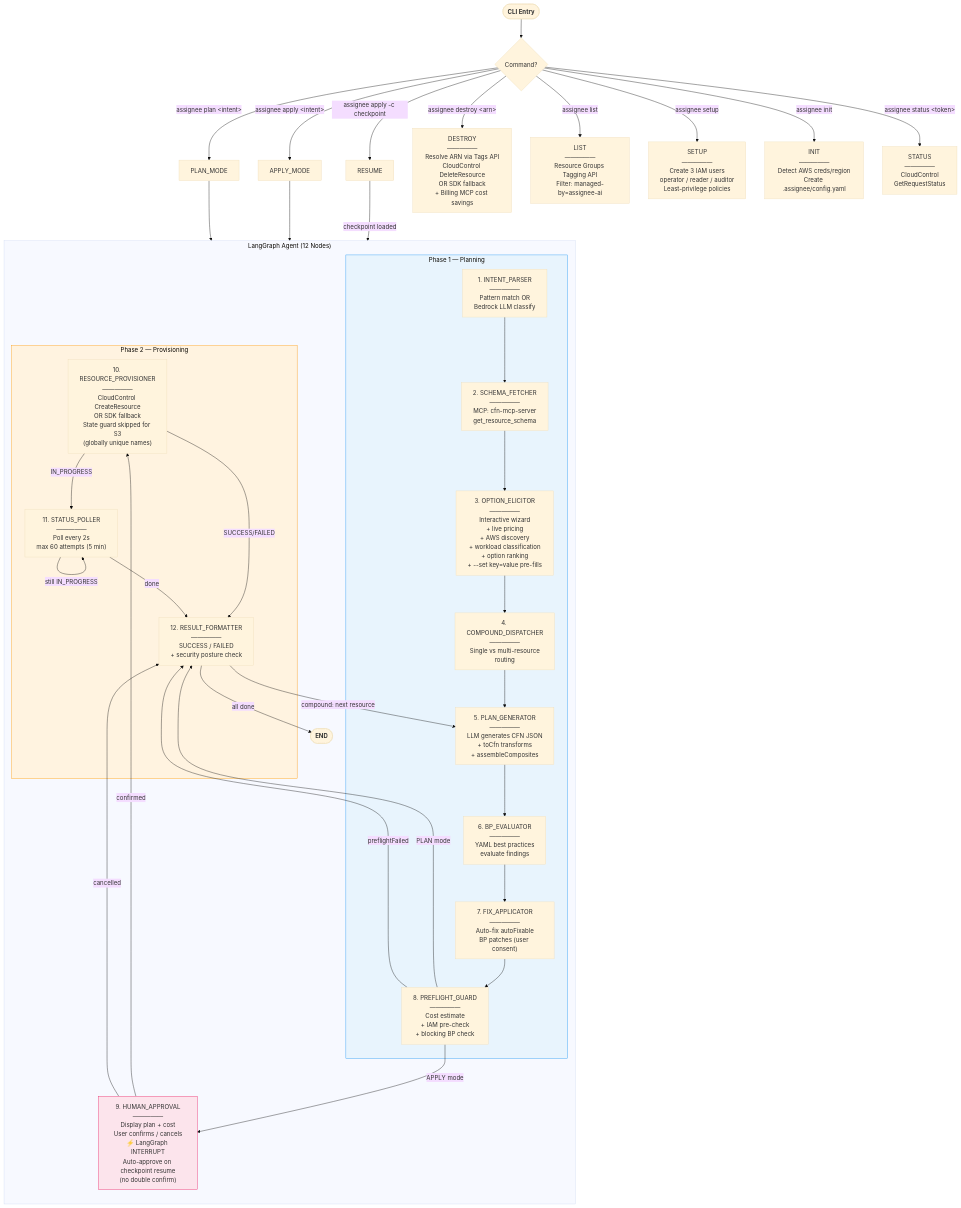
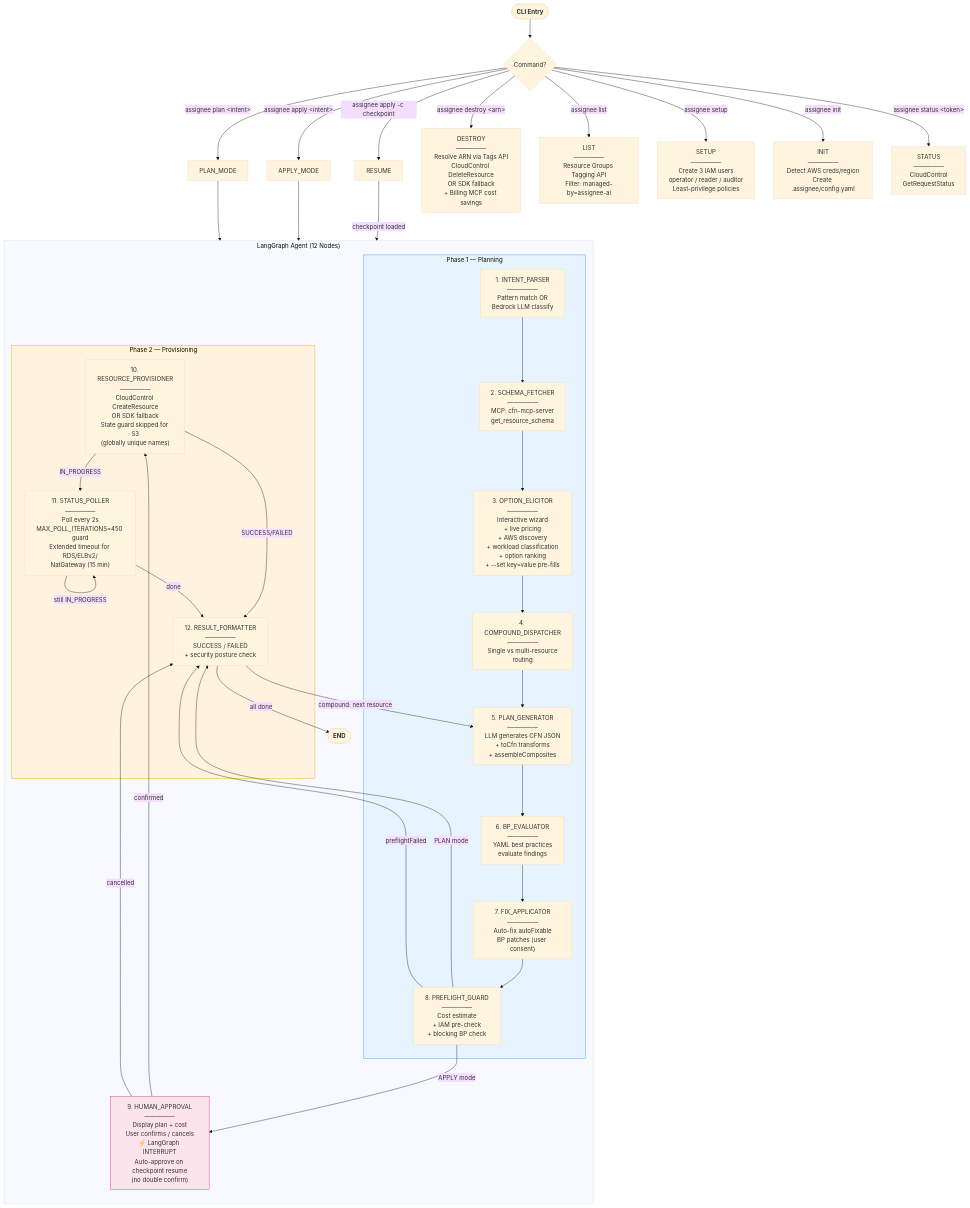
One commit to SergSlon/assignee-ai changed the first of 10 diagrams in docs/architecture-flows.md. Above: the diagram before and after it, drawn with Mermaid (base theme). The commit also changed other lines of this file and 12 other files, not shown here.

````diff
--- a/docs/architecture-flows.md
+++ b/docs/architecture-flows.md
@@ -11,70 +11,70 @@
 ```mermaid
 flowchart TD
     START(["`**CLI Entry**`"]) --> CMD{Command?}
 
     CMD -->|"assignee plan &lt;intent&gt;"| PLAN_MODE
     CMD -->|"assignee apply &lt;intent&gt;"| APPLY_MODE
     CMD -->|"assignee apply -c checkpoint"| RESUME
     CMD -->|"assignee destroy &lt;arn&gt;"| DESTROY
     CMD -->|"assignee list"| LIST
     CMD -->|"assignee setup"| SETUP
     CMD -->|"assignee init"| INIT
     CMD -->|"assignee status &lt;token&gt;"| STATUS
 
     subgraph GRAPH["LangGraph Agent (12 Nodes)"]
         direction TB
 
         subgraph PHASE1["Phase 1 — Planning"]
             IP["1. INTENT_PARSER<br/>—————<br/>Pattern match OR<br/>Bedrock LLM classify"]
             SF["2. SCHEMA_FETCHER<br/>—————<br/>MCP: cfn-mcp-server<br/>get_resource_schema"]
             OE["3. OPTION_ELICITOR<br/>—————<br/>Interactive wizard<br/>+ live pricing<br/>+ AWS discovery<br/>+ workload classification<br/>+ option ranking<br/>+ --set key=value pre-fills"]
             CD["4. COMPOUND_DISPATCHER<br/>—————<br/>Single vs multi-resource<br/>routing"]
             PG["5. PLAN_GENERATOR<br/>—————<br/>LLM generates CFN JSON<br/>+ toCfn transforms<br/>+ assembleComposites"]
             BP["6. BP_EVALUATOR<br/>—————<br/>YAML best practices<br/>evaluate findings"]
             FA["7. FIX_APPLICATOR<br/>—————<br/>Auto-fix autoFixable<br/>BP patches (user consent)"]
             PF["8. PREFLIGHT_GUARD<br/>—————<br/>Cost estimate<br/>+ IAM pre-check<br/>+ blocking BP check"]
         end
 
         HA["9. HUMAN_APPROVAL<br/>—————<br/>Display plan + cost<br/>User confirms / cancels<br/>⚡ LangGraph INTERRUPT<br/>Auto-approve on checkpoint resume<br/>(no double confirm)"]
 
         subgraph PHASE2["Phase 2 — Provisioning"]
             RP["10. RESOURCE_PROVISIONER<br/>—————<br/>CloudControl CreateResource<br/>OR SDK fallback<br/>State guard skipped for S3<br/>(globally unique names)"]
-            SP["11. STATUS_POLLER<br/>—————<br/>Poll every 2s<br/>max 60 attempts (5 min)"]
+            SP["11. STATUS_POLLER<br/>—————<br/>Poll every 2s<br/>MAX_POLL_ITERATIONS=450 guard<br/>Extended timeout for RDS/ELBv2/<br/>NatGateway (15 min)"]
             RF["12. RESULT_FORMATTER<br/>—————<br/>SUCCESS / FAILED<br/>+ security posture check"]
         end
 
         IP --> SF --> OE --> CD --> PG --> BP --> FA --> PF
 
         PF -->|"PLAN mode"| RF
         PF -->|"APPLY mode"| HA
         PF -->|"preflightFailed"| RF
 
         HA -->|"confirmed"| RP
         HA -->|"cancelled"| RF
 
         RP -->|"IN_PROGRESS"| SP
         RP -->|"SUCCESS/FAILED"| RF
 
         SP -->|"still IN_PROGRESS"| SP
         SP -->|"done"| RF
 
         RF -->|"compound: next resource"| PG
         RF -->|"all done"| DONE
     end
 
     PLAN_MODE --> IP
     APPLY_MODE --> IP
     RESUME -->|"checkpoint loaded"| HA
 
     DESTROY["DESTROY<br/>—————<br/>Resolve ARN via Tags API<br/>CloudControl DeleteResource<br/>OR SDK fallback<br/>+ Billing MCP cost savings"]
     LIST["LIST<br/>—————<br/>Resource Groups Tagging API<br/>Filter: managed-by=assignee-ai"]
     SETUP["SETUP<br/>—————<br/>Create 3 IAM users<br/>operator / reader / auditor<br/>Least-privilege policies"]
     INIT["INIT<br/>—————<br/>Detect AWS creds/region<br/>Create .assignee/config.yaml"]
     STATUS["STATUS<br/>—————<br/>CloudControl<br/>GetRequestStatus"]
 
     DONE(["`**END**`"])
 
     style PHASE1 fill:#e8f4fd,stroke:#2196F3
     style PHASE2 fill:#fff3e0,stroke:#FF9800
     style HA fill:#fce4ec,stroke:#E91E63
 ```
````
